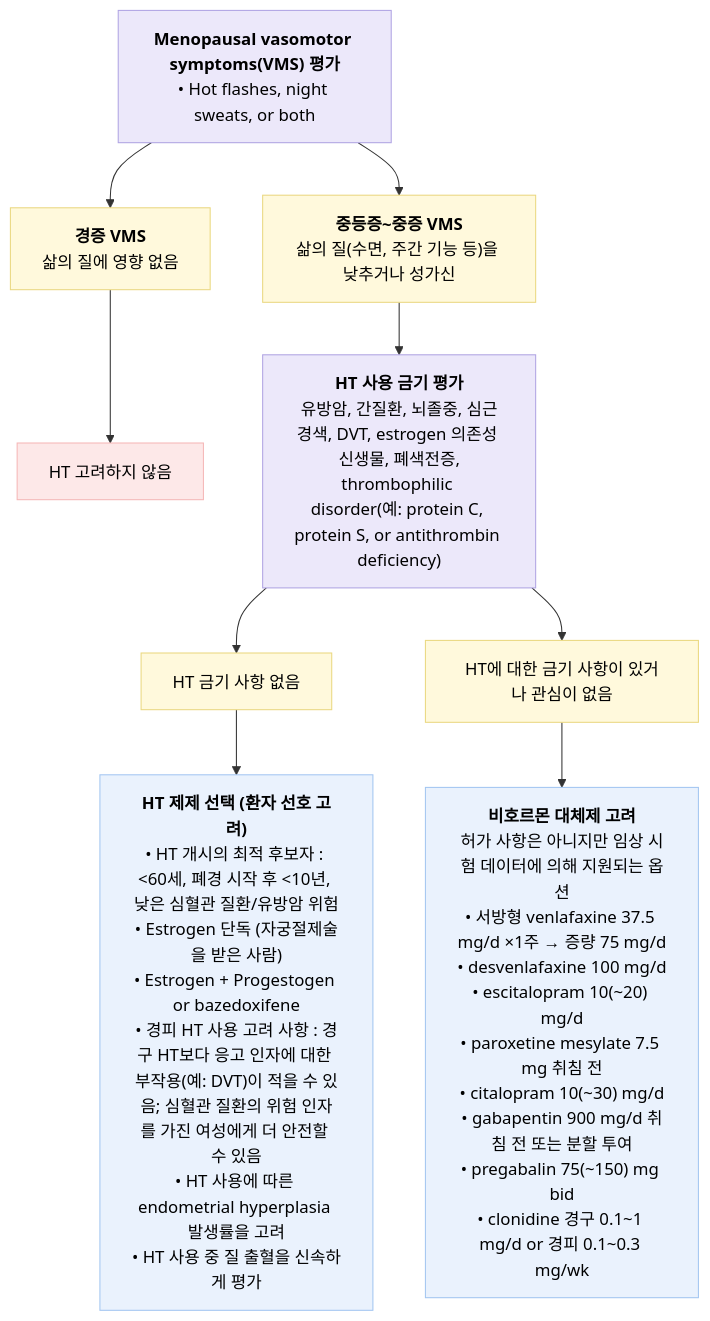
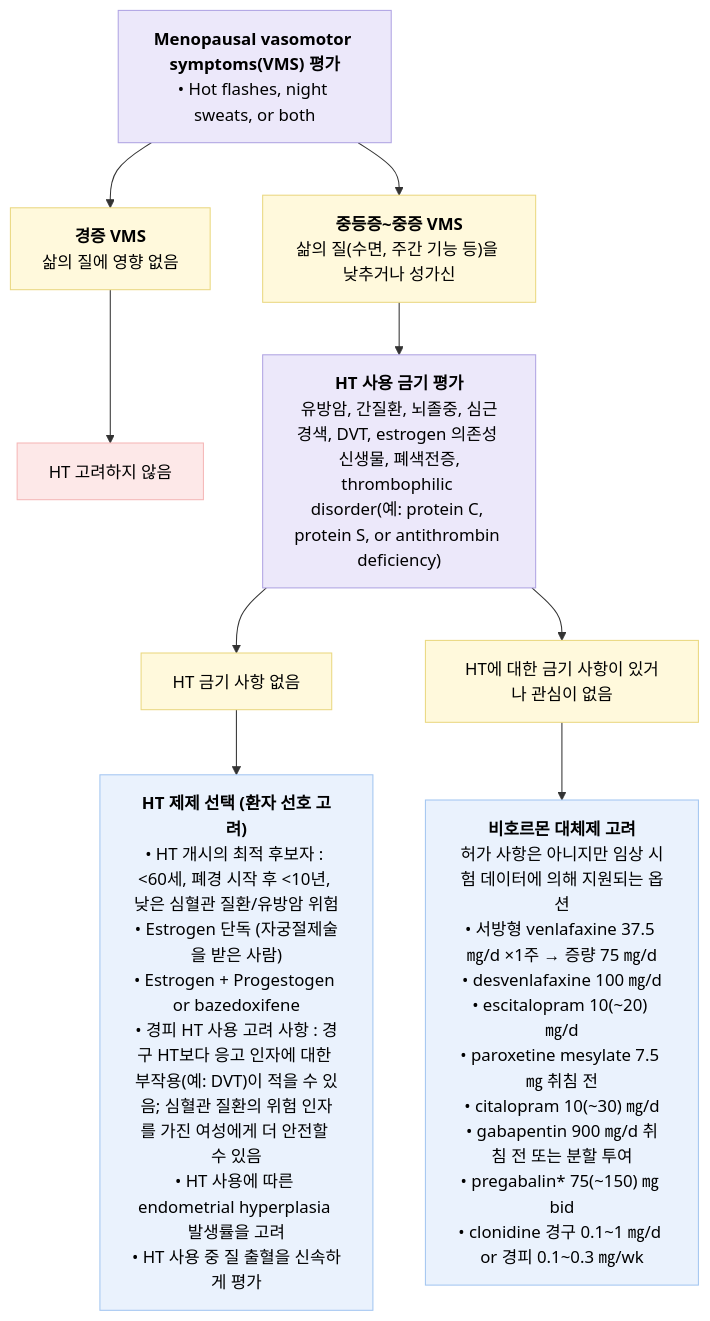
One commit to familyoh77/familyoh77 changed the first of 2 diagrams in 226_/108_-menopause-syndrome.md. Above: the diagram before and after it, drawn with Mermaid. The commit also changed other lines of this file, not shown here.

````diff
--- a/226_/108_-menopause-syndrome.md
+++ b/226_/108_-menopause-syndrome.md
@@ -113,38 +112,38 @@
 ```mermaid
 flowchart TD
     A["<b>Menopausal vasomotor symptoms(VMS) 평가</b><br/>• Hot flashes, night sweats, or both"]
 
     B1["<b>중등증~중증 VMS</b><br/>삶의 질(수면, 주간 기능 등)을 낮추거나 성가신"]
     B2["<b>경증 VMS</b><br/>삶의 질에 영향 없음"]
     B3["HT 고려하지 않음"]
 
     C["<b>HT 사용 금기 평가</b><br/>유방암, 간질환, 뇌졸중, 심근경색, DVT, estrogen 의존성 신생물, 폐색전증,<br/>thrombophilic disorder(예: protein C, protein S, or antithrombin deficiency)"]
 
     D1["HT 금기 사항 없음"]
     D2["HT에 대한 금기 사항이 있거나 관심이 없음"]
 
     E1["<b>HT 제제 선택 (환자 선호 고려)</b><br/>• HT 개시의 최적 후보자 : &lt;60세, 폐경 시작 후 &lt;10년, 낮은 심혈관 질환/유방암 위험<br/>• Estrogen 단독 (자궁절제술을 받은 사람)<br/>• Estrogen + Progestogen or bazedoxifene<br/>• 경피 HT 사용 고려 사항 : 경구 HT보다 응고 인자에 대한 부작용(예: DVT)이 적을 수 있음; 심혈관 질환의 위험 인자를 가진 여성에게 더 안전할 수 있음<br/>• HT 사용에 따른 endometrial hyperplasia 발생률을 고려<br/>• HT 사용 중 질 출혈을 신속하게 평가"]
 
-    E2["<b>비호르몬 대체제 고려</b><br/>허가 사항은 아니지만 임상 시험 데이터에 의해 지원되는 옵션<br/>• 서방형 venlafaxine 37.5 mg/d ×1주 → 증량 75 mg/d<br/>• desvenlafaxine 100 mg/d<br/>• escitalopram 10(~20) mg/d<br/>• paroxetine mesylate 7.5 mg 취침 전<br/>• citalopram 10(~30) mg/d<br/>• gabapentin 900 mg/d 취침 전 또는 분할 투여<br/>• pregabalin 75(~150) mg bid<br/>• clonidine 경구 0.1~1 mg/d or 경피 0.1~0.3 mg/wk"]
+    E2["<b>비호르몬 대체제 고려</b><br/>허가 사항은 아니지만 임상 시험 데이터에 의해 지원되는 옵션<br/>• 서방형 venlafaxine 37.5 ㎎/d ×1주 → 증량 75 ㎎/d<br/>• desvenlafaxine 100 ㎎/d<br/>• escitalopram 10(~20) ㎎/d<br/>• paroxetine mesylate 7.5 ㎎ 취침 전<br/>• citalopram 10(~30) ㎎/d<br/>• gabapentin 900 ㎎/d 취침 전 또는 분할 투여<br/>• pregabalin* 75(~150) ㎎ bid<br/>• clonidine 경구 0.1~1 ㎎/d or 경피 0.1~0.3 ㎎/wk"]
 
     A --> B1
     A --> B2
     B2 --> B3
 
     B1 --> C
     C --> D1
     C --> D2
 
     D1 --> E1
     D2 --> E2
 
     classDef purple fill:#ECE8FA,stroke:#B0A4E3,stroke-width:1px,color:#000000;
     classDef yellow fill:#FFF9DC,stroke:#EAD880,stroke-width:1px,color:#000000;
     classDef pink fill:#FDE8E8,stroke:#F5B7B7,stroke-width:1px,color:#000000;
     classDef blue fill:#EAF2FD,stroke:#A3C6F1,stroke-width:1px,color:#000000;
 
     class A,C purple;
     class B1,B2,D1,D2 yellow;
     class B3 pink;
     class E1,E2 blue;
 ```
````
